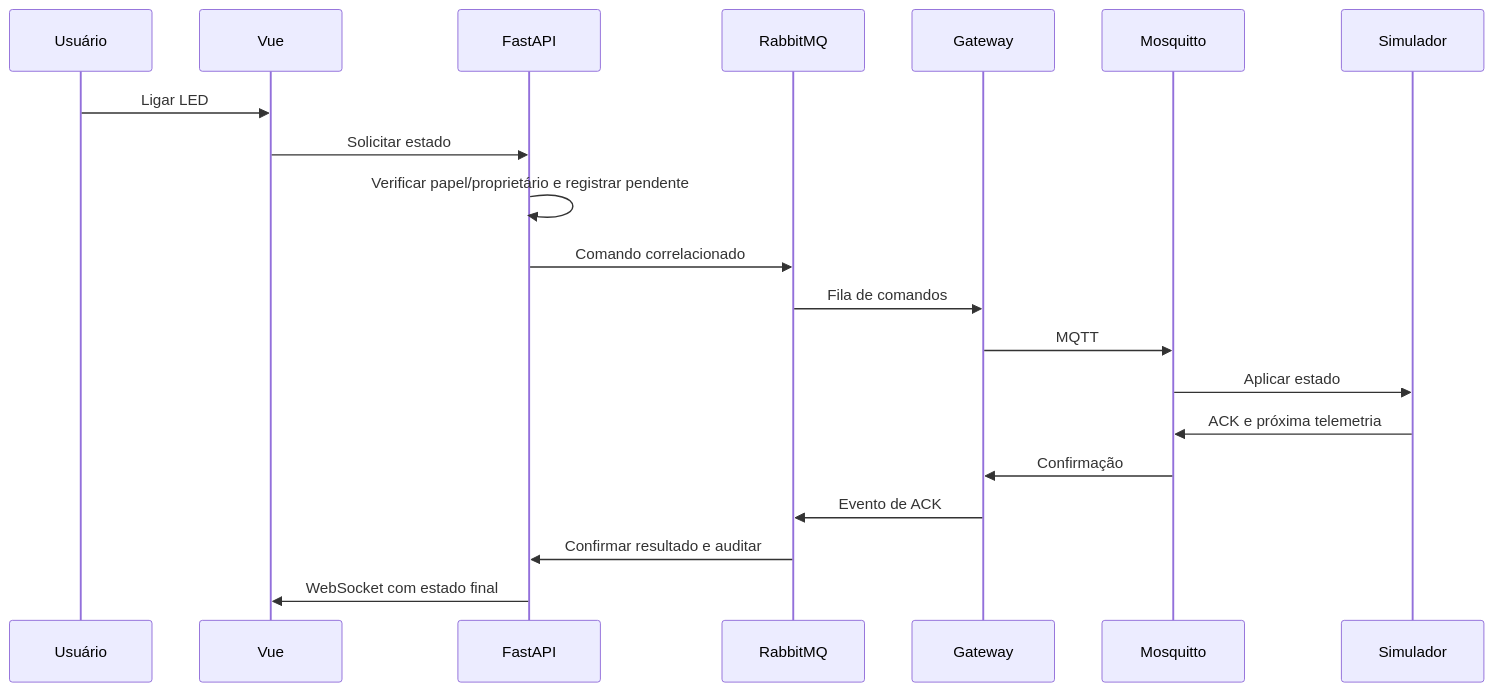
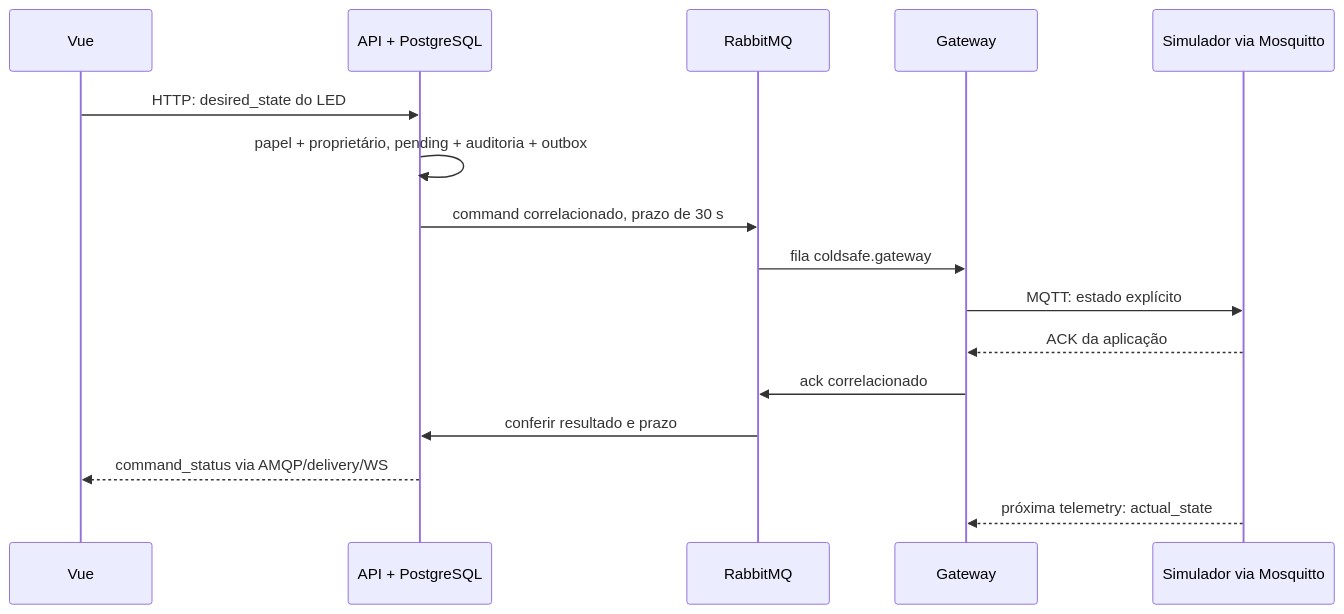
Before and after one commit to VitorFcosta/ColdSafe: the third of 6 diagrams in docs/aiot/architecture.md, drawn with Mermaid. The commit also changed other lines of this file and 10 other files, not shown here.

First line of the commit message:
docs(aiot): conclui README, diagramas e roteiro final

````diff
--- a/docs/aiot/architecture.md
+++ b/docs/aiot/architecture.md
@@ -70,22 +103,18 @@
 ```mermaid
 sequenceDiagram
-participant U as Usuário
-participant F as Vue
-participant A as FastAPI
-participant R as RabbitMQ
-participant G as Gateway
-participant M as Mosquitto
-participant S as Simulador
-U->>F: Ligar LED
-F->>A: Solicitar estado
-A->>A: Verificar papel/proprietário e registrar pendente
-A->>R: Comando correlacionado
-R->>G: Fila de comandos
-G->>M: MQTT
-M->>S: Aplicar estado
-S->>M: ACK e próxima telemetria
-M->>G: Confirmação
-G->>R: Evento de ACK
-R->>A: Confirmar resultado e auditar
-A->>F: WebSocket com estado final
+  participant V as Vue
+  participant A as API + PostgreSQL
+  participant R as RabbitMQ
+  participant G as Gateway
+  participant S as Simulador via Mosquitto
+  V->>A: HTTP: desired_state do LED
+  A->>A: papel + proprietário, pending + auditoria + outbox
+  A->>R: command correlacionado, prazo de 30 s
+  R->>G: fila coldsafe.gateway
+  G->>S: MQTT: estado explícito
+  S-->>G: ACK da aplicação
+  G->>R: ack correlacionado
+  R->>A: conferir resultado e prazo
+  A-->>V: command_status via AMQP/delivery/WS
+  S-->>G: próxima telemetry: actual_state
 ```
````
